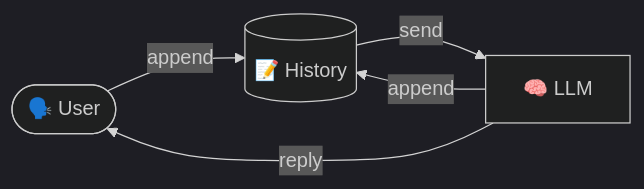
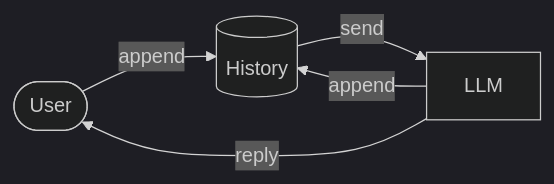
The second of 8 diagrams in 01-foundations/workshop.md (agenticloops-ai/agentic-ai-engineering), drawn with Mermaid (dark theme) before and after one commit. The commit also changed other lines of this file, not shown here.

````diff
--- a/01-foundations/workshop.md
+++ b/01-foundations/workshop.md
@@ -260,7 +56,7 @@
 ```mermaid
 flowchart LR
-    U([🗣️ User]) -->|append| H[(📝 History)]
-    H -->|send| L[🧠 LLM]
+    U([User]) -->|append| H[(History)]
+    H -->|send| L[LLM]
     L -->|append| H
     L -->|reply| U
 ```
````
